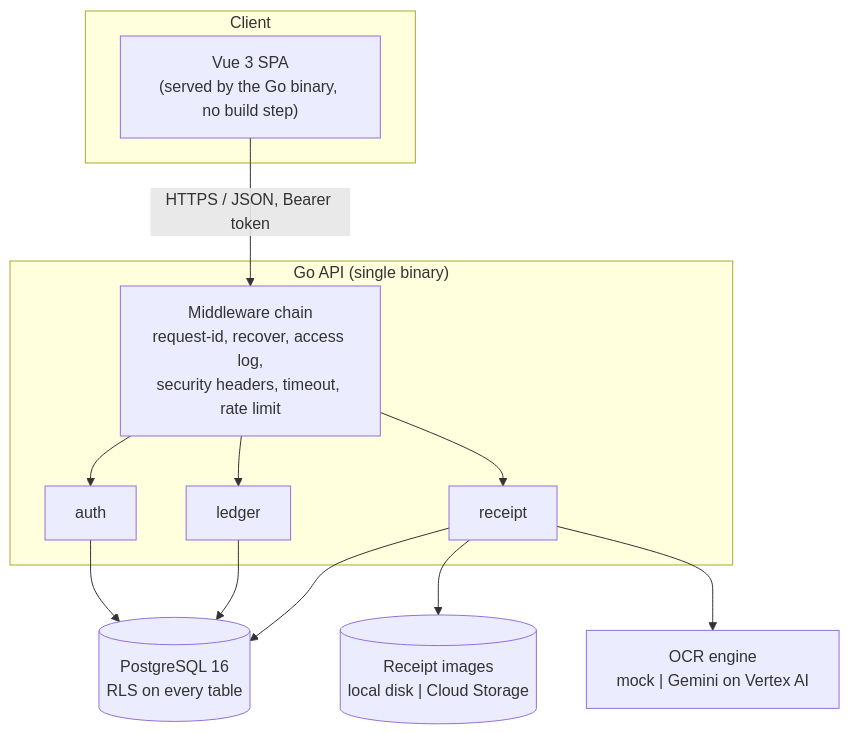
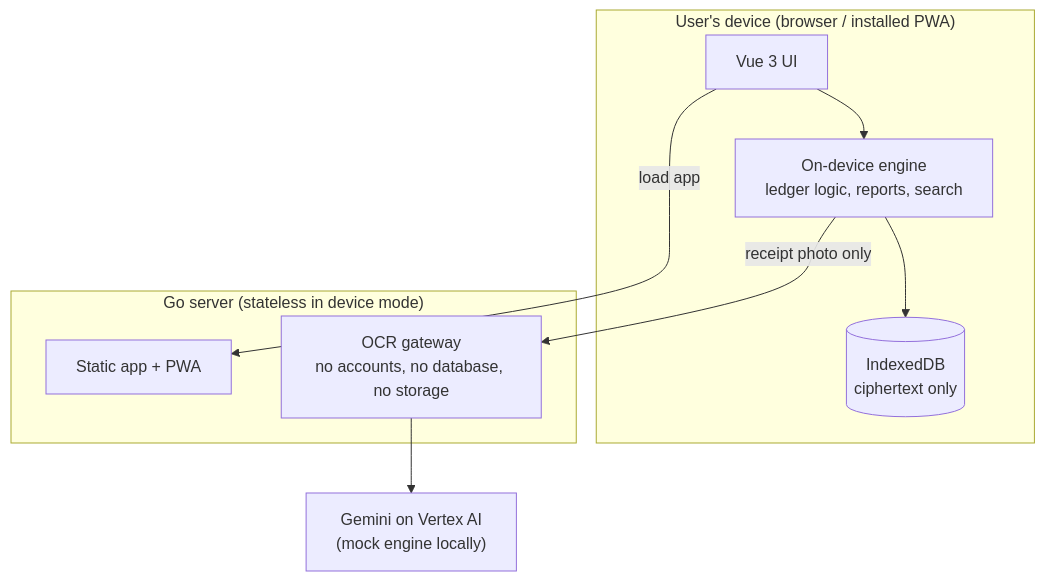
One commit to WahyuAriyadi/SmartLedger changed the first of 3 diagrams in README.md. Above: the diagram before and after it, drawn with Mermaid. The commit also changed other lines of this file and 37 other files, not shown here.

````diff
--- a/README.md
+++ b/README.md
@@ -39,27 +43,20 @@
 ```mermaid
 flowchart TB
-    subgraph Client
-        UI["Vue 3 SPA<br/>(served by the Go binary, no build step)"]
+    subgraph Device["User's device (browser / installed PWA)"]
+        UI["Vue 3 UI"]
+        ENG["On-device engine<br/>ledger logic, reports, search"]
+        VAULT[("IndexedDB<br/>ciphertext only")]
+        UI --> ENG --> VAULT
     end
 
-    subgraph API["Go API (single binary)"]
-        MW["Middleware chain<br/>request-id, recover, access log,<br/>security headers, timeout, rate limit"]
-        AUTH["auth"]
-        LEDGER["ledger"]
-        RECEIPT["receipt"]
-        MW --> AUTH
-        MW --> LEDGER
-        MW --> RECEIPT
+    subgraph Server["Go server (stateless in device mode)"]
+        STATIC["Static app + PWA"]
+        GW["OCR gateway<br/>no accounts, no database, no storage"]
     end
 
-    DB[("PostgreSQL 16<br/>RLS on every table")]
-    STORE[("Receipt images<br/>local disk | Cloud Storage")]
-    OCR["OCR engine<br/>mock | Gemini on Vertex AI"]
+    OCR["Gemini on Vertex AI<br/>(mock engine locally)"]
 
-    UI -->|"HTTPS / JSON, Bearer token"| MW
-    AUTH --> DB
-    LEDGER --> DB
-    RECEIPT --> DB
-    RECEIPT --> STORE
-    RECEIPT --> OCR
+    UI -->|"load app"| STATIC
+    ENG -->|"receipt photo only"| GW
+    GW --> OCR
 ```
````
